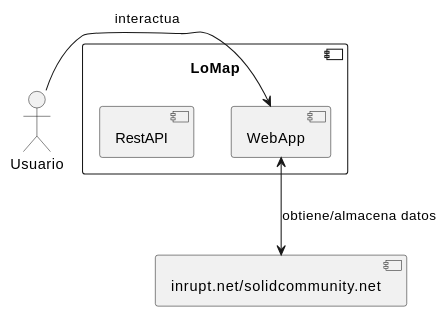
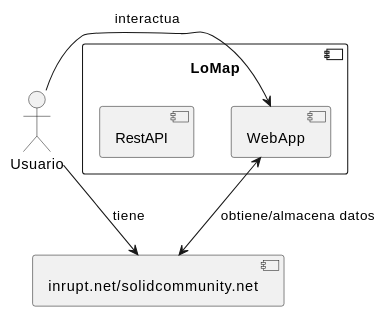
Before and after one commit to Arquisoft/lomap_es5a: the second of 2 diagrams in docs/05_building_block_view.adoc, drawn with PlantUML. The commit also changed other lines of this file, not shown here.

```diff
--- a/docs/05_building_block_view.adoc
+++ b/docs/05_building_block_view.adoc
@@ -36,13 +36,14 @@
 [plantuml, "level-1", png]
 ----
 actor Usuario
 Component LoMap {
   Component web as "WebApp"
   Component api as "RestAPI"
 }
 Component pod as "inrupt.net/solidcommunity.net"
 
 Usuario -right-> web: interactua
+Usuario -right-> pod: tiene
 
 web <-down-> pod: obtiene/almacena datos
 ----
```
